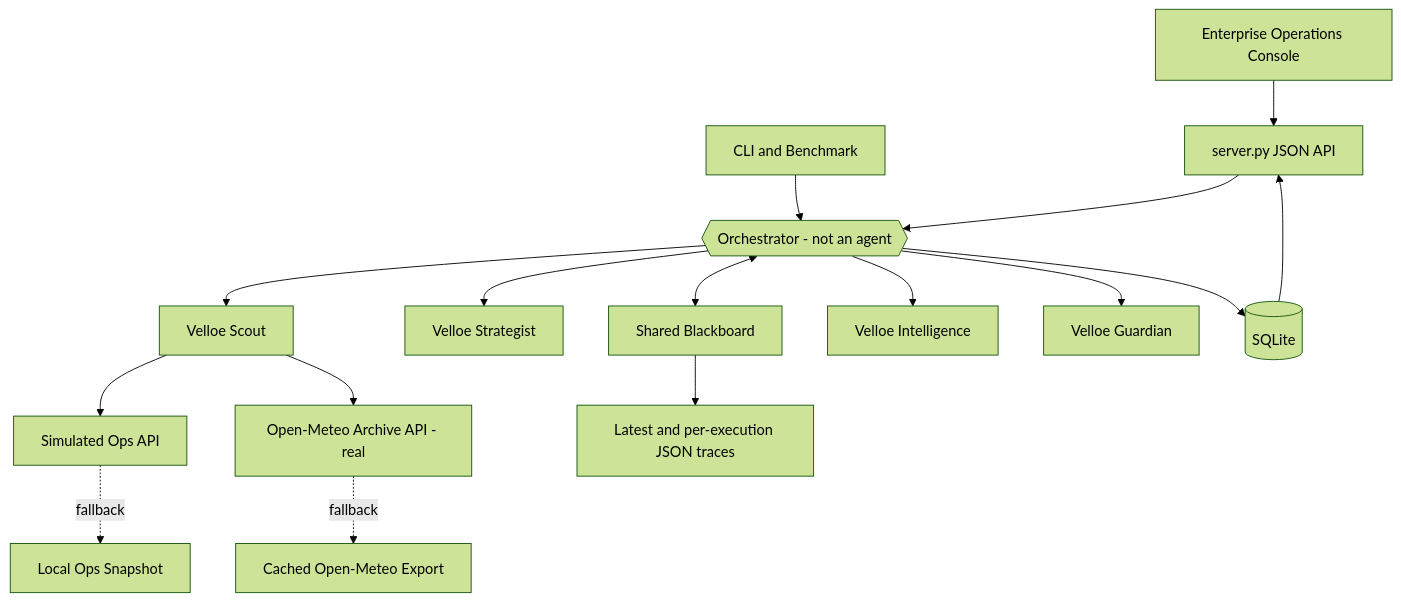
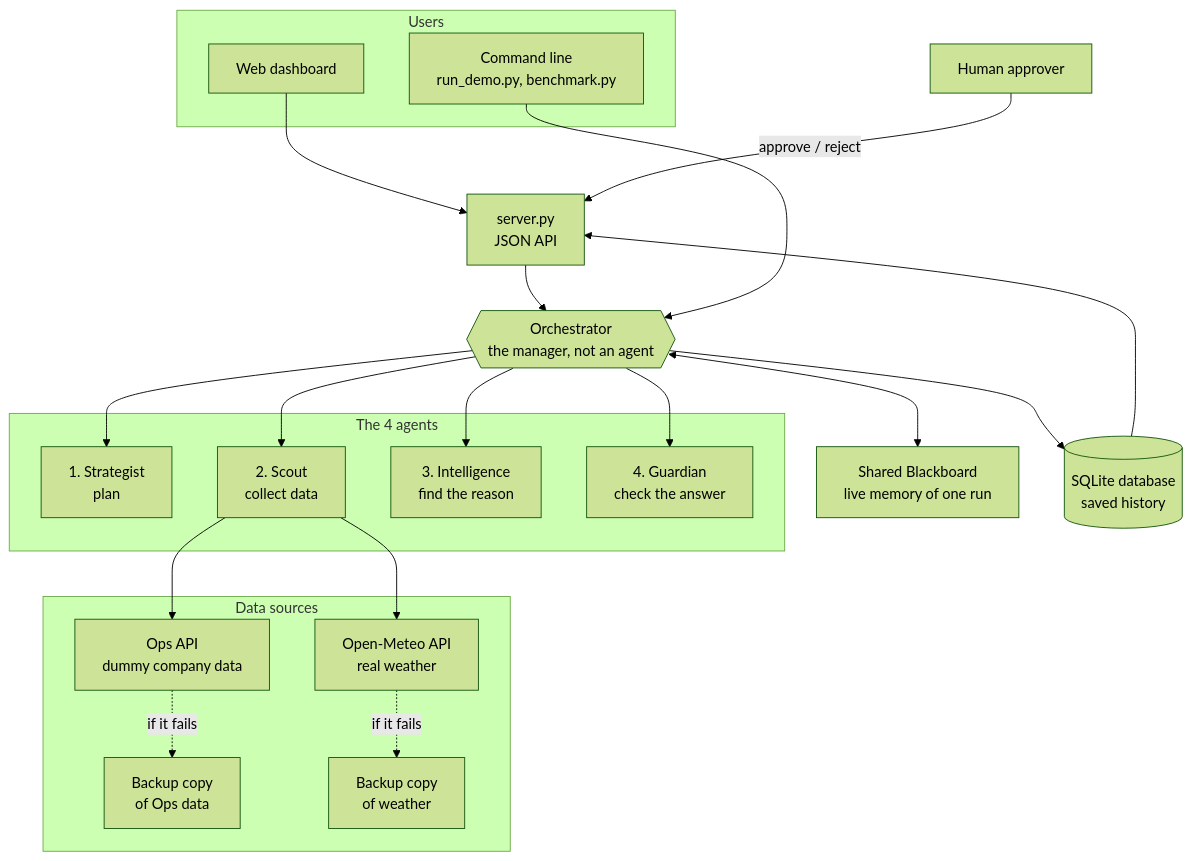
Before and after one commit to amangovindrao/velloe_ops_intelligence: the third of 12 diagrams in README.md, drawn with Mermaid (forest theme). The commit also changed other lines of this file and 2 other files, not shown here.

Commit message:
Add .env and sync latest edits

````diff
--- a/README.md
+++ b/README.md
@@ -52,18 +157,40 @@
 ```mermaid
 flowchart TB
-    UI[Enterprise Operations Console] --> API[server.py JSON API]
-    CLI[CLI and Benchmark] --> O
-    API --> O{{Orchestrator - not an agent}}
-    O <--> BB[Shared Blackboard]
-    O --> S[Velloe Strategist]
-    O --> SC[Velloe Scout]
-    O --> I[Velloe Intelligence]
-    O --> G[Velloe Guardian]
-    SC --> OPS[Simulated Ops API]
-    SC --> OM[Open-Meteo Archive API - real]
-    OPS -. fallback .-> SNAP[Local Ops Snapshot]
-    OM -. fallback .-> CACHE[Cached Open-Meteo Export]
-    O --> DB[(SQLite)]
-    BB --> TRACE[Latest and per-execution JSON traces]
+    subgraph Users
+      UI["Web dashboard"]
+      CLI["Command line<br/>run_demo.py, benchmark.py"]
+    end
+
+    API["server.py<br/>JSON API"]
+    O{{"Orchestrator<br/>the manager, not an agent"}}
+    BB["Shared Blackboard<br/>live memory of one run"]
+    DB[("SQLite database<br/>saved history")]
+
+    subgraph Agents["The 4 agents"]
+      S["1. Strategist<br/>plan"]
+      SC["2. Scout<br/>collect data"]
+      I["3. Intelligence<br/>find the reason"]
+      G["4. Guardian<br/>check the answer"]
+    end
+
+    subgraph Data["Data sources"]
+      OPS["Ops API<br/>dummy company data"]
+      SNAP["Backup copy<br/>of Ops data"]
+      OM["Open-Meteo API<br/>real weather"]
+      WC["Backup copy<br/>of weather"]
+    end
+
+    H["Human approver"]
+
+    UI --> API --> O
+    CLI --> O
+    O <--> BB
+    O --> S & SC & I & G
+    SC --> OPS
+    OPS -.if it fails.-> SNAP
+    SC --> OM
+    OM -.if it fails.-> WC
+    O --> DB
     DB --> API
+    H -->|approve / reject| API
 ```
````
